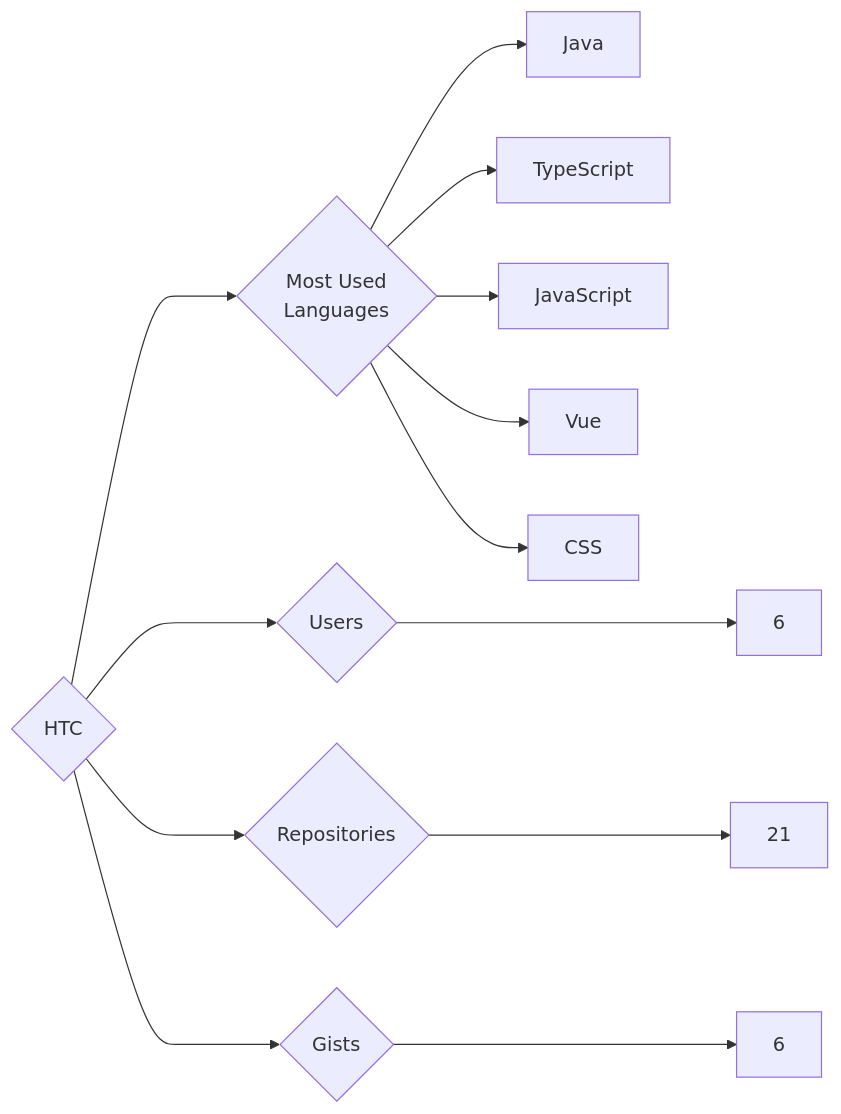
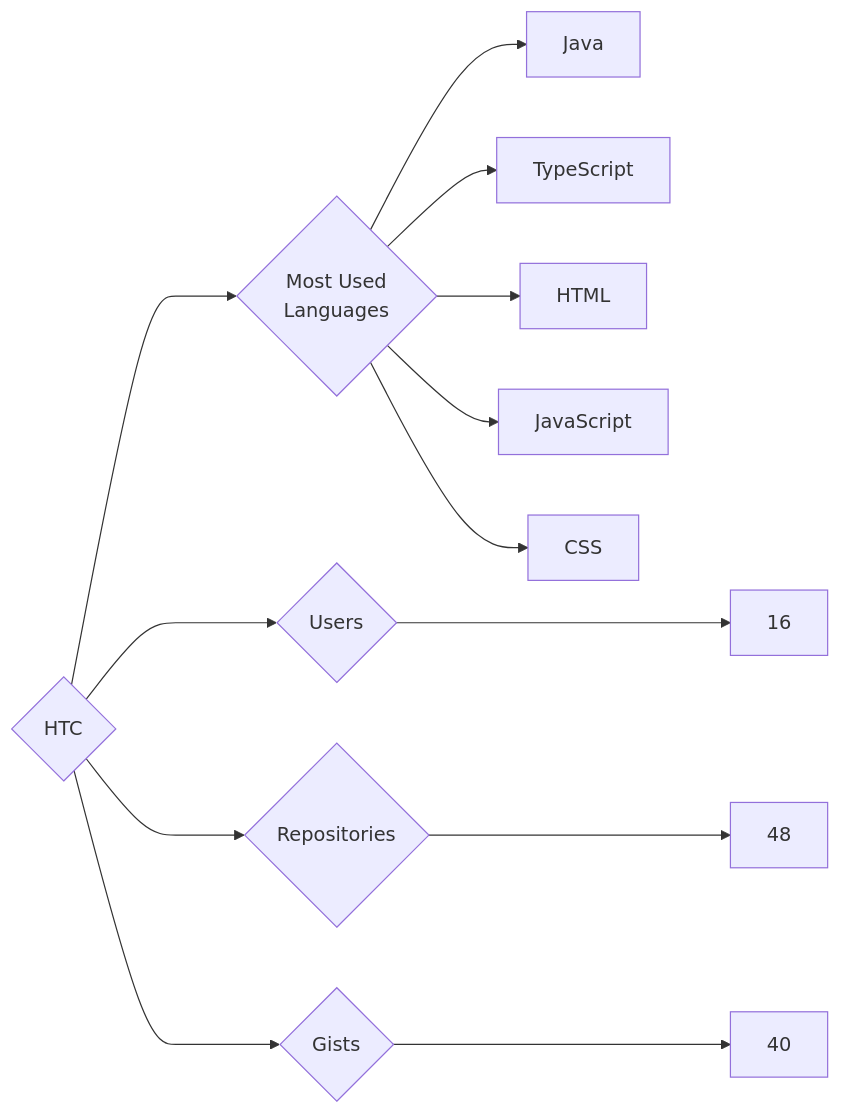
Before and after one commit to trickest/insiders: the diagram in targets/HTC/README.md, drawn with Mermaid. The commit also changed 1167 other files, not shown here.

````diff
--- a/targets/HTC/README.md
+++ b/targets/HTC/README.md
@@ -3,13 +3,13 @@
 ```mermaid
 graph LR
 COMPANY_NAME{HTC}
-COMPANY_NAME ---> U{Users} ---> UN[6]
-COMPANY_NAME ---> R{Repositories} ---> RN[21]
-COMPANY_NAME ---> G{Gists} ---> GN[6]
+COMPANY_NAME ---> U{Users} ---> UN[16]
+COMPANY_NAME ---> R{Repositories} ---> RN[48]
+COMPANY_NAME ---> G{Gists} ---> GN[40]
 COMPANY_NAME ---> ML{Most Used<br>Languages}
 ML --> Java[Java]
 ML --> TypeScript[TypeScript]
+ML --> HTML[HTML]
 ML --> JavaScript[JavaScript]
-ML --> Vue[Vue]
 ML --> CSS[CSS]
 ```
````
